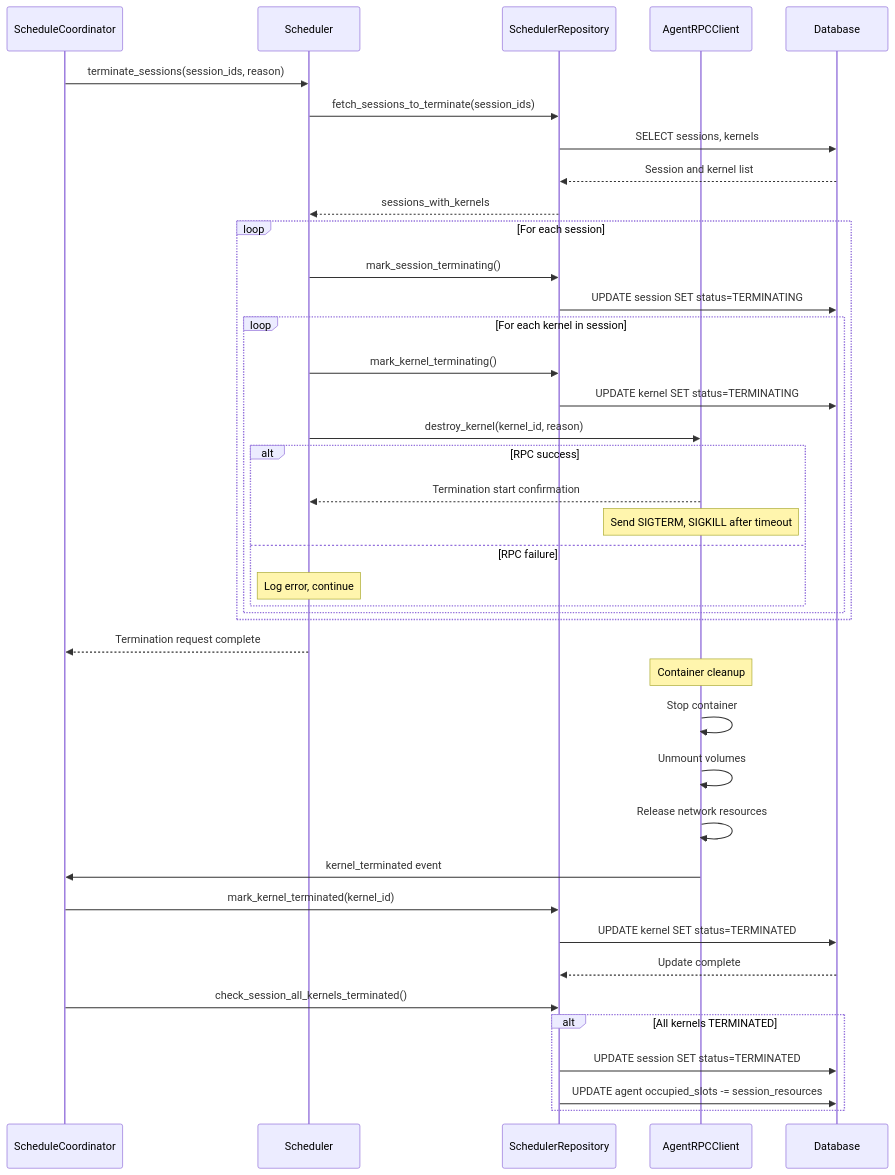
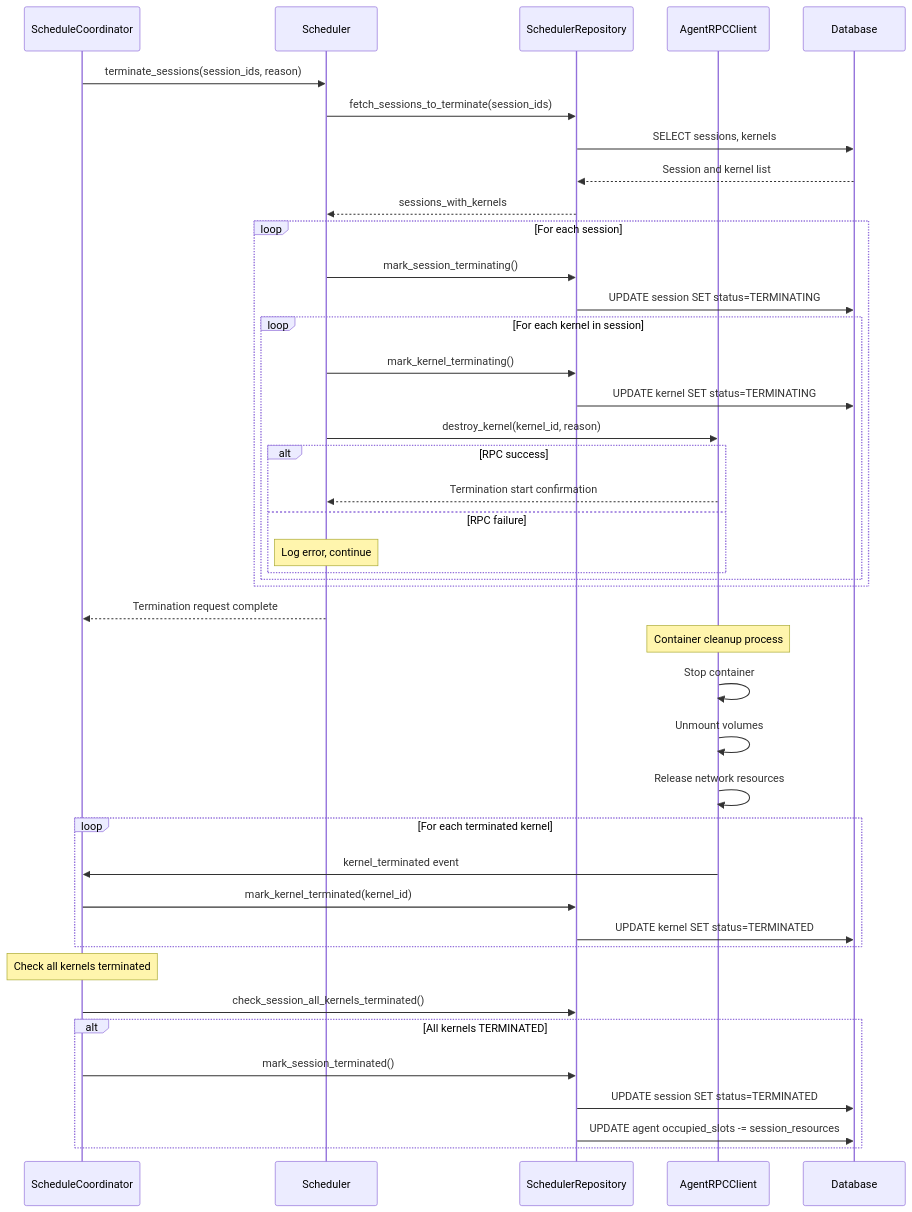
The third of 3 diagrams in src/ai/backend/manager/sokovan/scheduler/README.md (lablup/backend.ai), drawn with Mermaid before and after one commit. The commit also changed other lines of this file and 2 other files, not shown here.

````diff
--- a/src/ai/backend/manager/sokovan/scheduler/README.md
+++ b/src/ai/backend/manager/sokovan/scheduler/README.md
@@ -302,53 +307,54 @@
 ```mermaid
 sequenceDiagram
     participant Coord as ScheduleCoordinator
     participant Sched as Scheduler
     participant Repo as SchedulerRepository
     participant Agent as AgentRPCClient
     participant DB as Database
 
     Coord->>Sched: terminate_sessions(session_ids, reason)
 
     Sched->>Repo: fetch_sessions_to_terminate(session_ids)
     Repo->>DB: SELECT sessions, kernels
     DB-->>Repo: Session and kernel list
     Repo-->>Sched: sessions_with_kernels
 
     loop For each session
         Sched->>Repo: mark_session_terminating()
         Repo->>DB: UPDATE session SET status=TERMINATING
 
         loop For each kernel in session
             Sched->>Repo: mark_kernel_terminating()
             Repo->>DB: UPDATE kernel SET status=TERMINATING
 
             Sched->>Agent: destroy_kernel(kernel_id, reason)
 
             alt RPC success
                 Agent-->>Sched: Termination start confirmation
-                Note over Agent: Send SIGTERM, SIGKILL after timeout
             else RPC failure
                 Note over Sched: Log error, continue
             end
         end
     end
 
     Sched-->>Coord: Termination request complete
 
-    Note over Agent: Container cleanup
+    Note over Agent: Container cleanup process
     Agent->>Agent: Stop container
     Agent->>Agent: Unmount volumes
     Agent->>Agent: Release network resources
 
-    Agent->>Coord: kernel_terminated event
+    loop For each terminated kernel
+        Agent->>Coord: kernel_terminated event
+        Coord->>Repo: mark_kernel_terminated(kernel_id)
+        Repo->>DB: UPDATE kernel SET status=TERMINATED
+    end
 
-    Coord->>Repo: mark_kernel_terminated(kernel_id)
-    Repo->>DB: UPDATE kernel SET status=TERMINATED
-    DB-->>Repo: Update complete
-
+    Note over Coord: Check all kernels terminated
     Coord->>Repo: check_session_all_kernels_terminated()
     alt All kernels TERMINATED
+        Coord->>Repo: mark_session_terminated()
         Repo->>DB: UPDATE session SET status=TERMINATED
         Repo->>DB: UPDATE agent occupied_slots -= session_resources
     end
 ```
````
